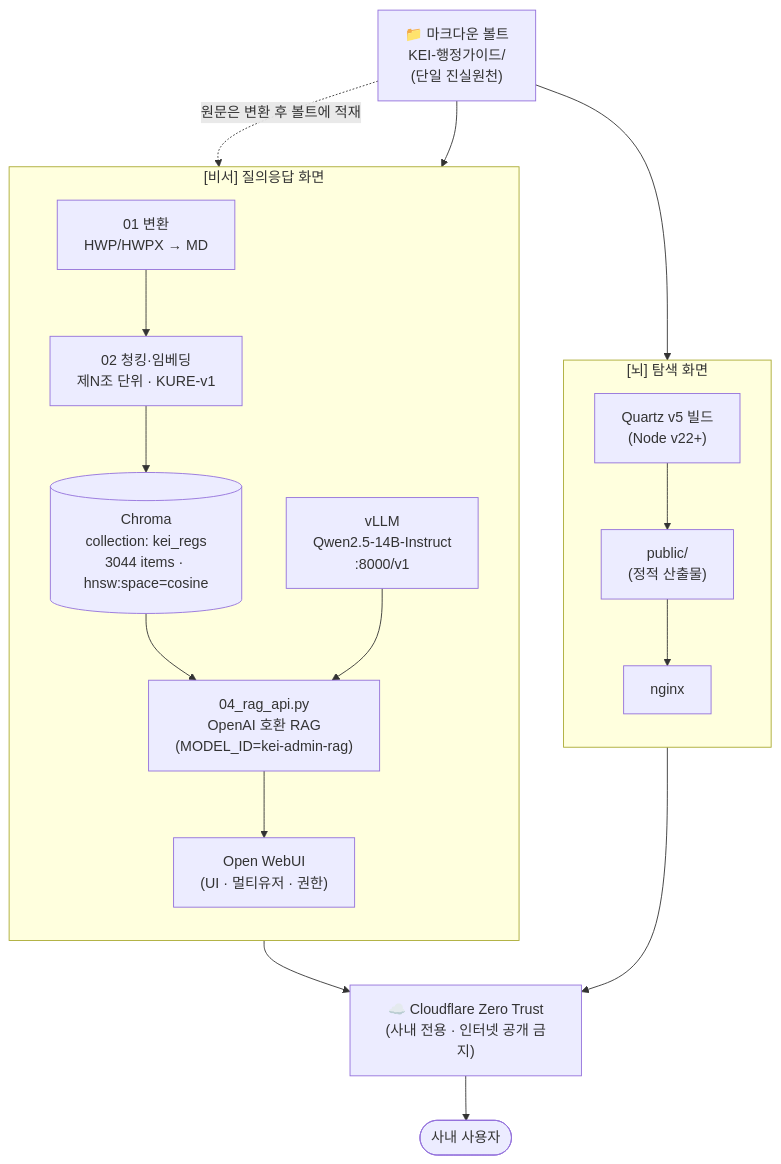
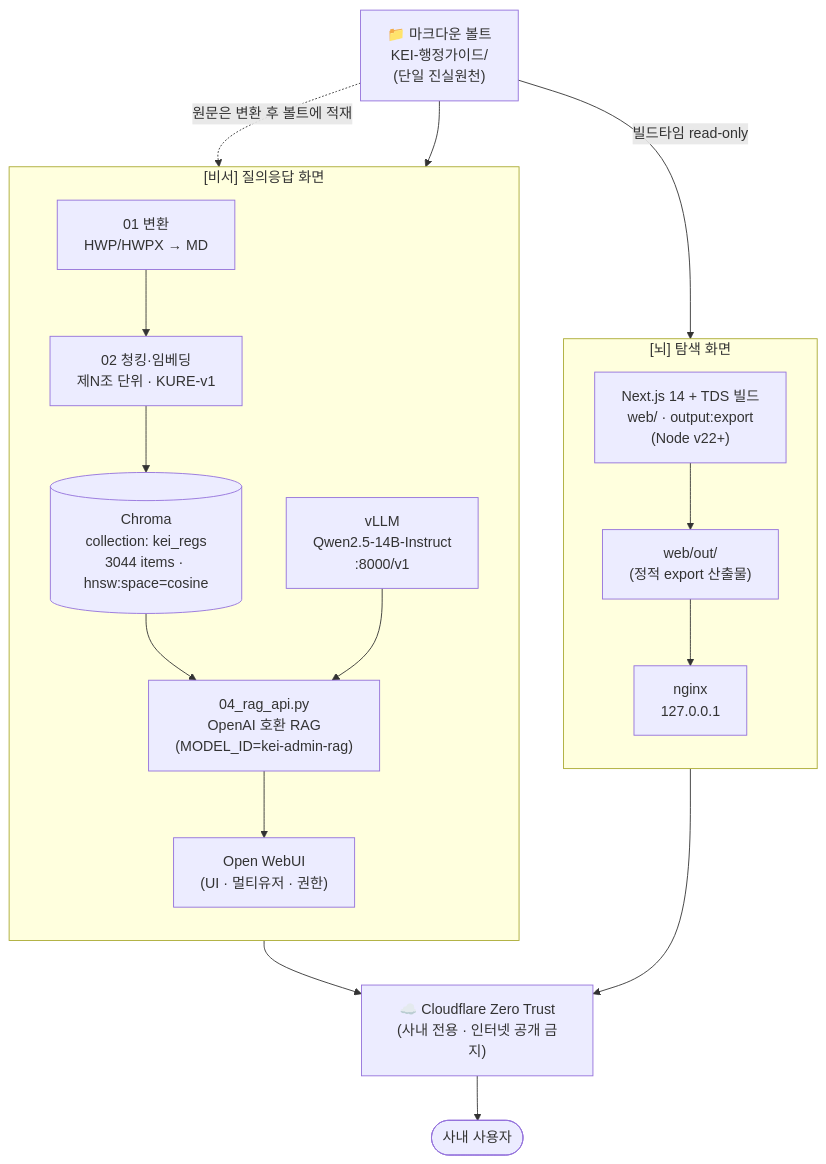
The first of 4 diagrams in docs/02-architecture.md (mooner92/KEIAdminSuperv), drawn with Mermaid before and after one commit. The commit also changed other lines of this file and 4 other files, not shown here.

First line of the commit message:
docs: [뇌] 화면 Quartz → Next.js + TDS 이관 반영

````diff
--- a/docs/02-architecture.md
+++ b/docs/02-architecture.md
@@ -30,34 +30,34 @@
 ```mermaid
 flowchart TD
     VAULT["📁 마크다운 볼트<br/>KEI-행정가이드/<br/>(단일 진실원천)"]
 
     subgraph BRAIN["[뇌] 탐색 화면"]
         direction TB
-        QUARTZ["Quartz v5 빌드<br/>(Node v22+)"]
-        PUBLIC["public/<br/>(정적 산출물)"]
-        NGINX["nginx"]
-        QUARTZ --> PUBLIC --> NGINX
+        NEXT["Next.js 14 + TDS 빌드<br/>web/ · output:export<br/>(Node v22+)"]
+        OUT["web/out/<br/>(정적 export 산출물)"]
+        NGINX["nginx<br/>127.0.0.1"]
+        NEXT --> OUT --> NGINX
     end
 
     subgraph ASSIST["[비서] 질의응답 화면"]
         direction TB
         CONV["01 변환<br/>HWP/HWPX → MD"]
         EMBED["02 청킹·임베딩<br/>제N조 단위 · KURE-v1"]
         CHROMA[("Chroma<br/>collection: kei_regs<br/>3044 items · hnsw:space=cosine")]
         RAGAPI["04_rag_api.py<br/>OpenAI 호환 RAG<br/>(MODEL_ID=kei-admin-rag)"]
         VLLM["vLLM<br/>Qwen2.5-14B-Instruct<br/>:8000/v1"]
         WEBUI["Open WebUI<br/>(UI · 멀티유저 · 권한)"]
         CONV --> EMBED --> CHROMA
         CHROMA --> RAGAPI
         VLLM --> RAGAPI
         RAGAPI --> WEBUI
     end
 
-    VAULT --> QUARTZ
+    VAULT -- "빌드타임 read-only" --> NEXT
     VAULT -. "원문은 변환 후 볼트에 적재" .-> CONV
     VAULT --> EMBED
 
     NGINX --> CF["☁️ Cloudflare Zero Trust<br/>(사내 전용 · 인터넷 공개 금지)"]
     WEBUI --> CF
     CF --> USER(["사내 사용자"])
 ```
````
